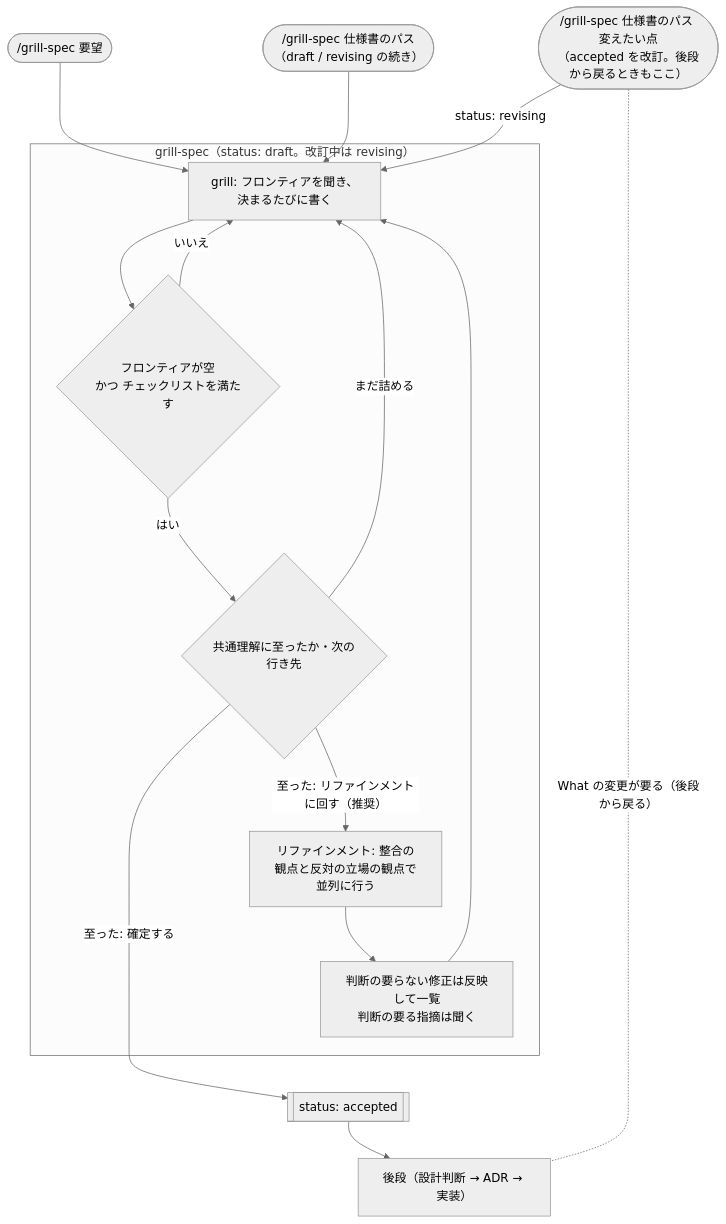
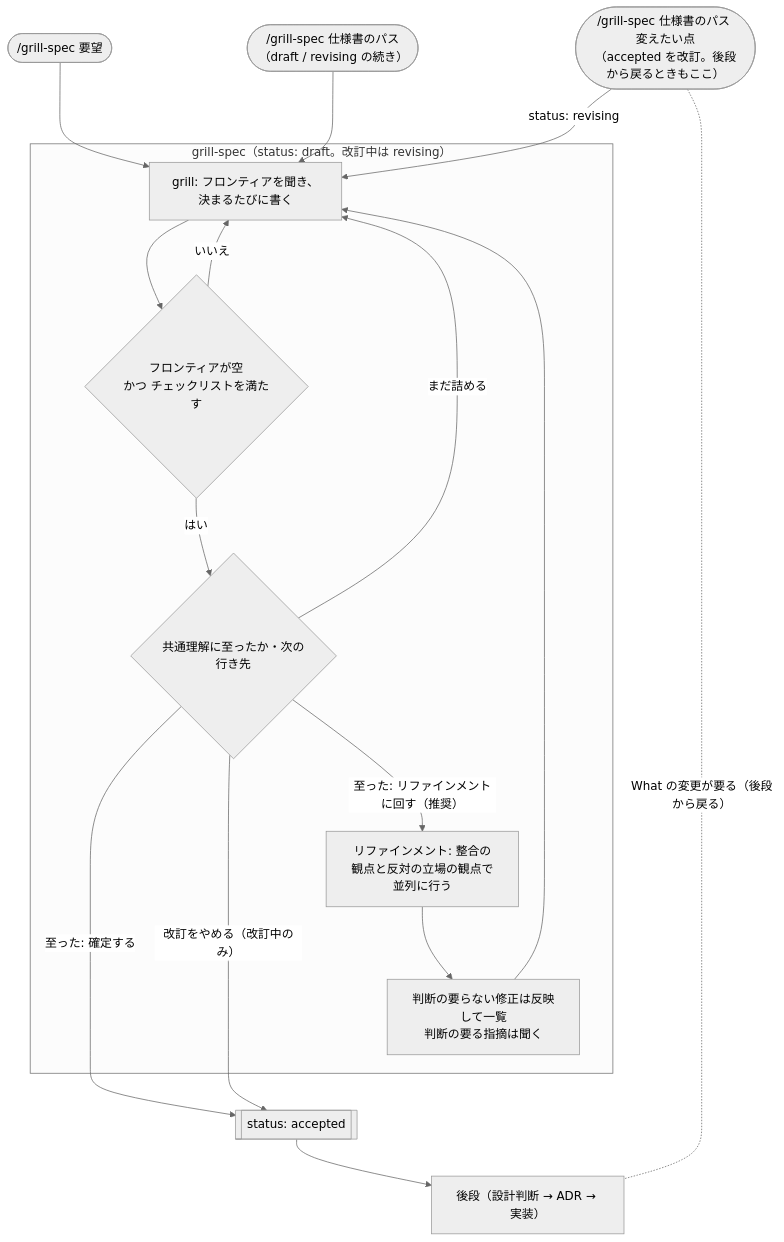
One commit to akmaru/dotagents changed the diagram in packages/grill-spec/docs/internal/specs/0001-grill-spec.md. Above: the diagram before and after it, drawn with Mermaid (neutral theme). The commit also changed other lines of this file and 1 other file, not shown here.

````diff
--- a/packages/grill-spec/docs/internal/specs/0001-grill-spec.md
+++ b/packages/grill-spec/docs/internal/specs/0001-grill-spec.md
@@ -44,24 +43,25 @@
 ```mermaid
 flowchart TD
     start(["/grill-spec 要望"]) --> grill
     resume(["/grill-spec 仕様書のパス<br/>（draft / revising の続き）"]) --> grill
     revise(["/grill-spec 仕様書のパス 変えたい点<br/>（accepted を改訂。後段から戻るときもここ）"]) -->|status: revising| grill
 
     subgraph skill["grill-spec（status: draft。改訂中は revising）"]
         grill["grill: フロンティアを聞き、決まるたびに書く"]
         grill --> check{"フロンティアが空<br/>かつ チェックリストを満たす"}
         check -- いいえ --> grill
         check -- はい --> next{"共通理解に至ったか・次の行き先"}
         next -- まだ詰める --> grill
         next -- "至った: リファインメントに回す（推奨）" --> review["リファインメント: 整合の観点と反対の立場の観点で<br/>並列に行う"]
         review --> triage["判断の要らない修正は反映して一覧<br/>判断の要る指摘は聞く"]
         triage --> grill
     end
 
     next -- "至った: 確定する" --> accepted[["status: accepted"]]
+    next -- "改訂をやめる（改訂中のみ）" --> accepted
     accepted --> later["後段（設計判断 → ADR → 実装）"]
     %% 出口を grill-spec の枠の下に置くための見えない線
     triage ~~~ accepted
     %% 後段 → 改訂の入口の戻り。逆向きに書くと、入口の 3 つが同じ高さに並ぶ
     revise <-.-|"What の変更が要る（後段から戻る）"| later
 ```
````
